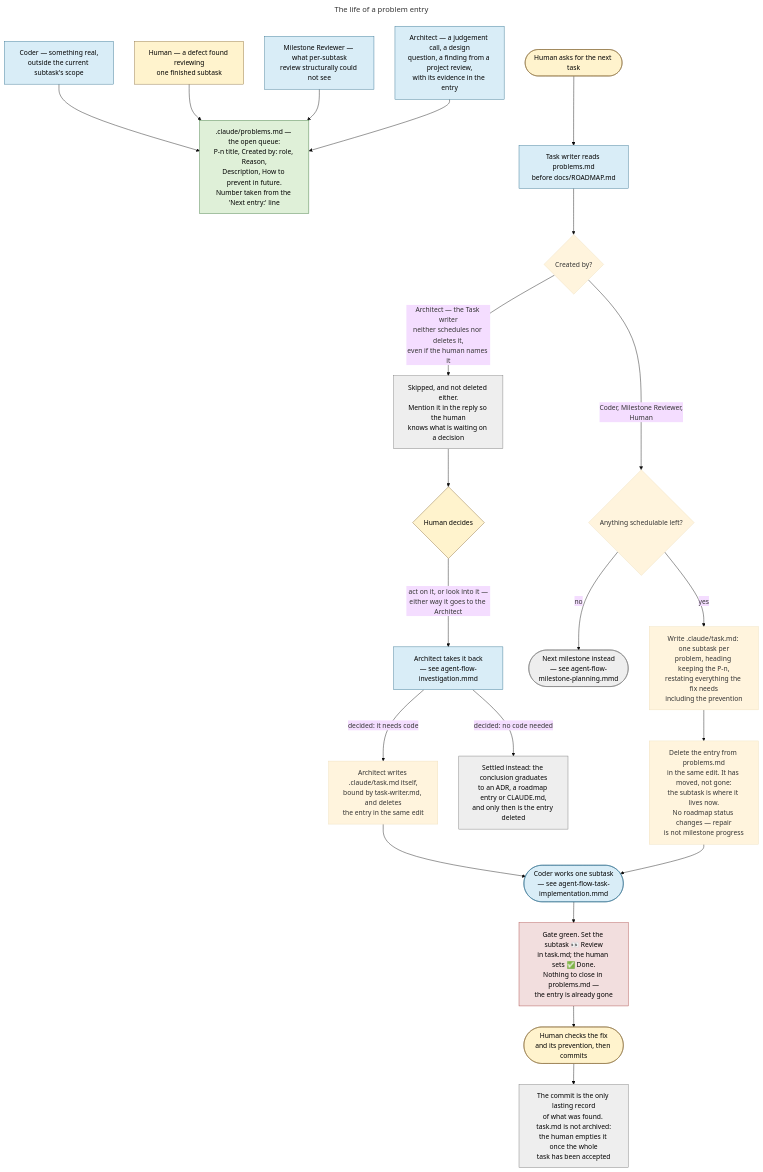
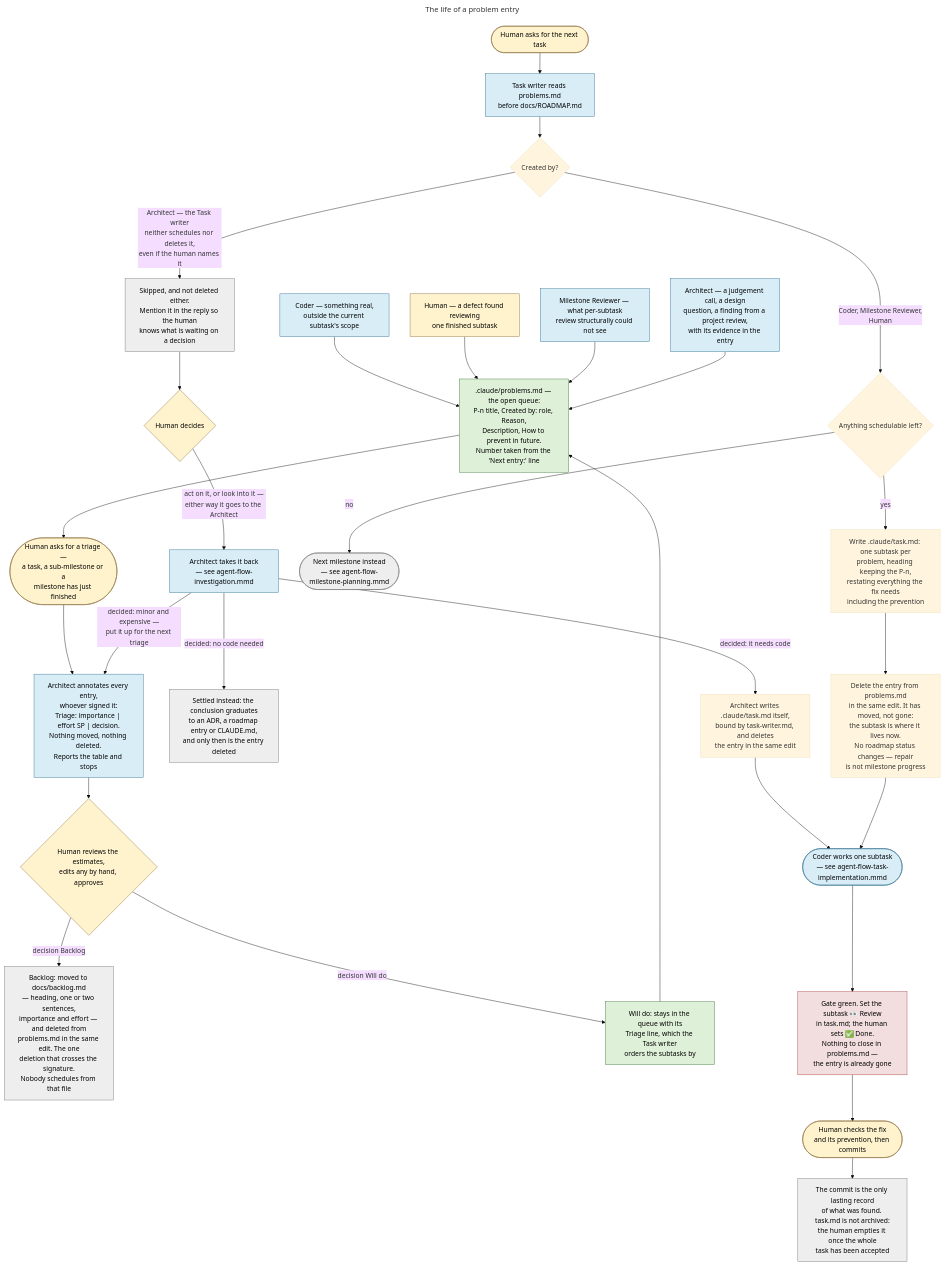
Before and after one commit to Dmitriy-G/simple_rdbms: the diagram in docs/diagrams/agent-flow-problem-lifecycle.mmd, drawn with Mermaid (base theme). The commit also changed 9 other files, not shown here.

Commit message:
Change agents flow

```diff
--- a/docs/diagrams/agent-flow-problem-lifecycle.mmd
+++ b/docs/diagrams/agent-flow-problem-lifecycle.mmd
@@ -1,51 +1,62 @@
 ---
 title: The life of a problem entry
 ---
 flowchart TD
     classDef human fill:#fff3cd,stroke:#8a6d3b,color:#000
     classDef role fill:#d9edf7,stroke:#31708f,color:#000
     classDef channel fill:#dff0d8,stroke:#3c763d,color:#000
     classDef gate fill:#f2dede,stroke:#a94442,color:#000
     classDef stop fill:#eeeeee,stroke:#777,color:#000
 
     SRC1["Coder — something real,<br/>outside the current subtask's scope"]:::role
     SRC2["Human — a defect found reviewing<br/>one finished subtask"]:::human
     SRC3["Milestone Reviewer — what per-subtask<br/>review structurally could not see"]:::role
     SRC4["Architect — a judgement call, a design<br/>question, a finding from a project review,<br/>with its evidence in the entry"]:::role
 
     PROB[".claude/problems.md — the open queue:<br/>P-n title, Created by: role, Reason,<br/>Description, How to prevent in future.<br/>Number taken from the 'Next entry:' line"]:::channel
 
     NEXT(["Human asks for the next task"]):::human
     TW["Task writer reads problems.md<br/>before docs/ROADMAP.md"]:::role
     WHO{"Created by?"}
 
     SKIP["Skipped, and not deleted either.<br/>Mention it in the reply so the human<br/>knows what is waiting on a decision"]:::stop
     HUMANCALL{"Human decides"}:::human
     ARCHINV["Architect takes it back<br/>— see agent-flow-investigation.mmd"]:::role
     ARCHTASK["Architect writes .claude/task.md itself,<br/>bound by task-writer.md, and deletes<br/>the entry in the same edit"]
     DELINV["Settled instead: the conclusion graduates<br/>to an ADR, a roadmap entry or CLAUDE.md,<br/>and only then is the entry deleted"]:::stop
 
+    REVIEW(["Human asks for a triage —<br/>a task, a sub-milestone or a<br/>milestone has just finished"]):::human
+    ARCHREV["Architect annotates every entry,<br/>whoever signed it:<br/>Triage: importance | effort SP | decision.<br/>Nothing moved, nothing deleted.<br/>Reports the table and stops"]:::role
+    APPROVE{"Human reviews the estimates,<br/>edits any by hand, approves"}:::human
+    ACCEPT["Backlog: moved to docs/backlog.md<br/>— heading, one or two sentences,<br/>importance and effort — and deleted from<br/>problems.md in the same edit. The one<br/>deletion that crosses the signature.<br/>Nobody schedules from that file"]:::stop
+    WILLDO["Will do: stays in the queue with its<br/>Triage line, which the Task writer<br/>orders the subtasks by"]:::channel
+
     ANYOPEN{"Anything schedulable left?"}
     MILESTONE(["Next milestone instead<br/>— see agent-flow-milestone-planning.mmd"]):::stop
 
     TASK["Write .claude/task.md: one subtask per<br/>problem, heading keeping the P-n,<br/>restating everything the fix needs<br/>including the prevention"]
     CONSUME["Delete the entry from problems.md<br/>in the same edit. It has moved, not gone:<br/>the subtask is where it lives now.<br/>No roadmap status changes — repair<br/>is not milestone progress"]
 
     CODER(["Coder works one subtask<br/>— see agent-flow-task-implementation.mmd"]):::role
     GATE["Gate green. Set the subtask 👀 Review<br/>in task.md; the human sets ✅ Done.<br/>Nothing to close in problems.md —<br/>the entry is already gone"]:::gate
     CR(["Human checks the fix<br/>and its prevention, then commits"]):::human
     RECORD["The commit is the only lasting record<br/>of what was found. task.md is not archived:<br/>the human empties it once the whole<br/>task has been accepted"]:::stop
 
     SRC1 --> PROB
     SRC2 --> PROB
     SRC3 --> PROB
     SRC4 --> PROB
 
+    PROB --> REVIEW --> ARCHREV --> APPROVE
+    APPROVE -- "decision Backlog" --> ACCEPT
+    APPROVE -- "decision Will do" --> WILLDO --> PROB
+
     NEXT --> TW --> WHO
     WHO -- "Architect — the Task writer<br/>neither schedules nor deletes it,<br/>even if the human names it" --> SKIP --> HUMANCALL
     HUMANCALL -- "act on it, or look into it —<br/>either way it goes to the Architect" --> ARCHINV
     ARCHINV -- "decided: it needs code" --> ARCHTASK --> CODER
     ARCHINV -- "decided: no code needed" --> DELINV
+    ARCHINV -- "decided: minor and expensive —<br/>put it up for the next triage" --> ARCHREV
     WHO -- "Coder, Milestone Reviewer,<br/>Human" --> ANYOPEN
     ANYOPEN -- no --> MILESTONE
     ANYOPEN -- yes --> TASK --> CONSUME --> CODER --> GATE --> CR --> RECORD
```
